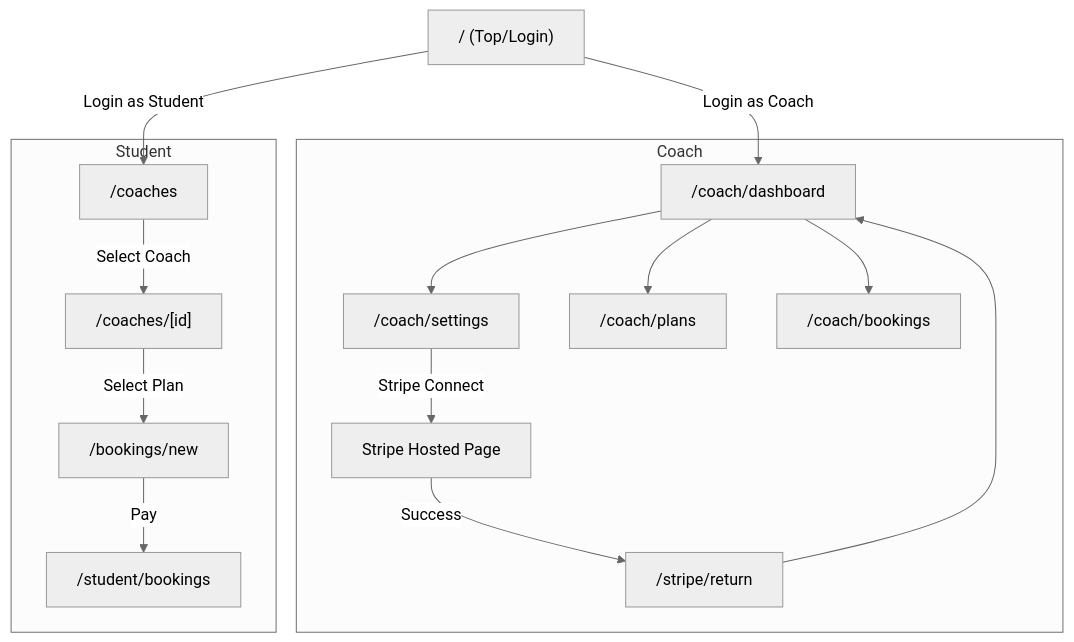
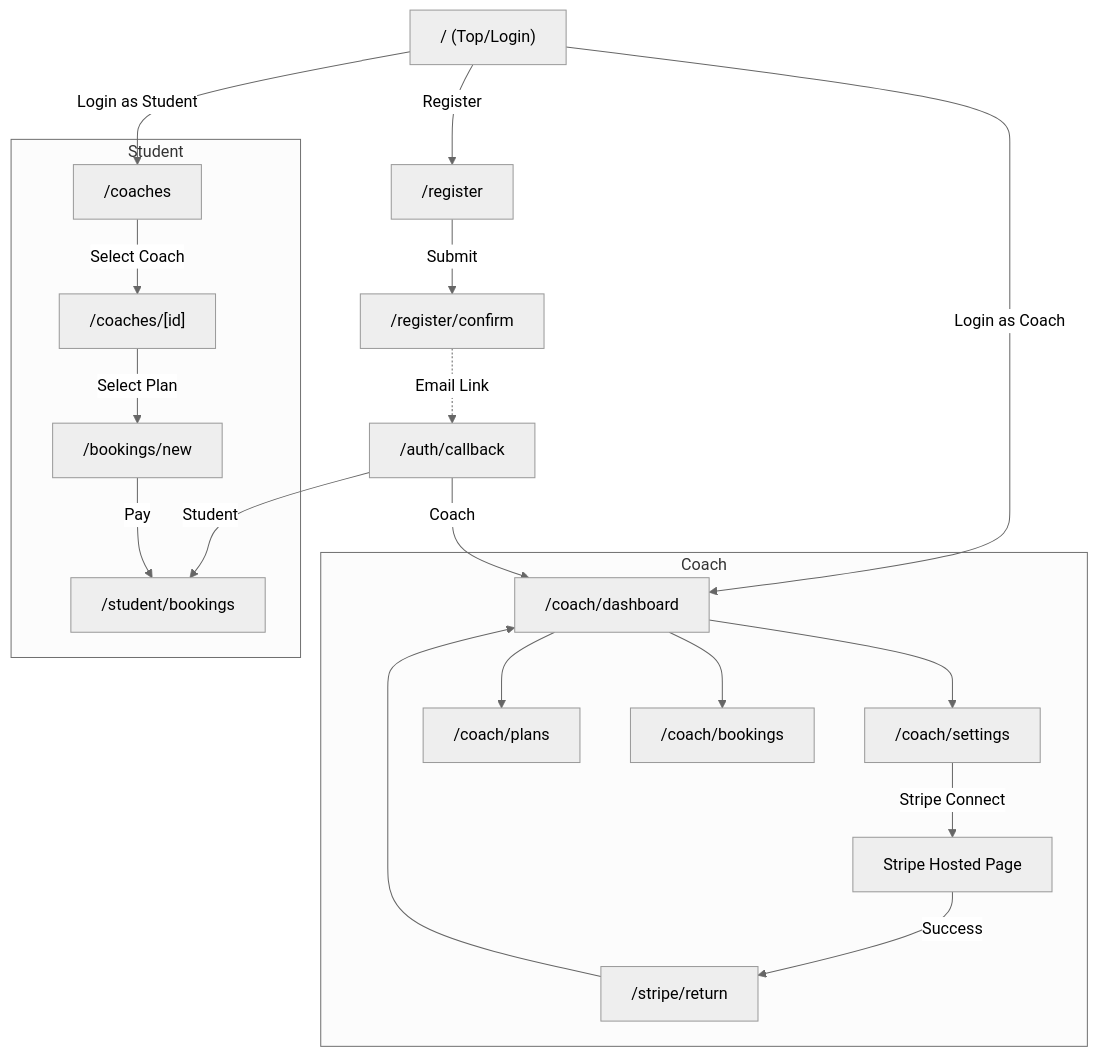
Before and after one commit to aiirononeko/game-coarch-poc: the diagram in docs/SCREEN_DESIGN.md, drawn with Mermaid (neutral theme). The commit also changed other lines of this file and 5 other files, not shown here.

````diff
--- a/docs/SCREEN_DESIGN.md
+++ b/docs/SCREEN_DESIGN.md
@@ -45,20 +48,25 @@
 ```mermaid
 graph TD
     root["/ (Top/Login)"] -->|Login as Coach| c_dash["/coach/dashboard"]
     root -->|Login as Student| s_list["/coaches"]
+    root -->|Register| reg["/register"]
+    reg -->|Submit| confirm["/register/confirm"]
+    confirm -.->|Email Link| callback["/auth/callback"]
+    callback -->|Coach| c_dash
+    callback -->|Student| s_hist
 
     subgraph Coach
         c_dash --> c_settings["/coach/settings"]
         c_dash --> c_plans["/coach/plans"]
         c_dash --> c_bookings["/coach/bookings"]
         c_settings -->|Stripe Connect| stripe_host["Stripe Hosted Page"]
         stripe_host -->|Success| stripe_ret["/stripe/return"]
         stripe_ret --> c_dash
     end
 
     subgraph Student
         s_list -->|Select Coach| s_detail["/coaches/[id]"]
         s_detail -->|Select Plan| s_book["/bookings/new"]
         s_book -->|Pay| s_hist["/student/bookings"]
     end
 ```
````
